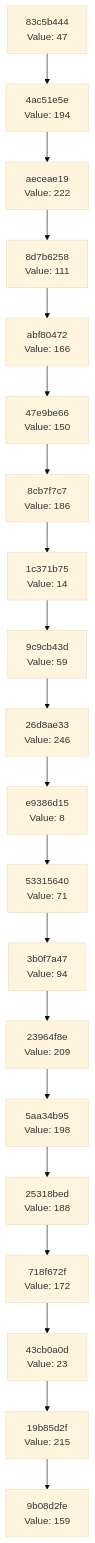
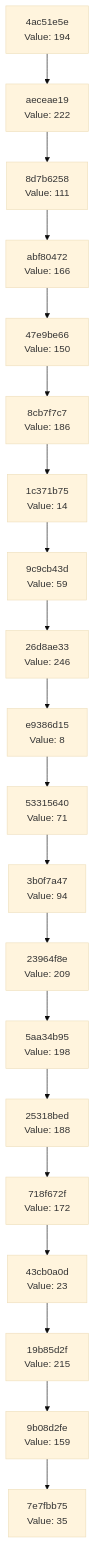
The diagram in docs/CHAIN_VISUALIZATION.md (Abhisheksinha1506/hash-chain-evolver), drawn with Mermaid (base theme) before and after one commit. The commit also changed 3 other files, not shown here.

````diff
--- a/docs/CHAIN_VISUALIZATION.md
+++ b/docs/CHAIN_VISUALIZATION.md
@@ -3,42 +3,42 @@
 ```mermaid
 graph TD
-    C0["9b08d2fe<br/>Value: 159"]
-    C1["19b85d2f<br/>Value: 215"]
+    C0["7e7fbb75<br/>Value: 35"]
+    C1["9b08d2fe<br/>Value: 159"]
     C1 --> C0
-    C2["43cb0a0d<br/>Value: 23"]
+    C2["19b85d2f<br/>Value: 215"]
     C2 --> C1
-    C3["718f672f<br/>Value: 172"]
+    C3["43cb0a0d<br/>Value: 23"]
     C3 --> C2
-    C4["25318bed<br/>Value: 188"]
+    C4["718f672f<br/>Value: 172"]
     C4 --> C3
-    C5["5aa34b95<br/>Value: 198"]
+    C5["25318bed<br/>Value: 188"]
     C5 --> C4
-    C6["23964f8e<br/>Value: 209"]
+    C6["5aa34b95<br/>Value: 198"]
     C6 --> C5
-    C7["3b0f7a47<br/>Value: 94"]
+    C7["23964f8e<br/>Value: 209"]
     C7 --> C6
-    C8["53315640<br/>Value: 71"]
+    C8["3b0f7a47<br/>Value: 94"]
     C8 --> C7
-    C9["e9386d15<br/>Value: 8"]
+    C9["53315640<br/>Value: 71"]
     C9 --> C8
-    C10["26d8ae33<br/>Value: 246"]
+    C10["e9386d15<br/>Value: 8"]
     C10 --> C9
-    C11["9c9cb43d<br/>Value: 59"]
+    C11["26d8ae33<br/>Value: 246"]
     C11 --> C10
-    C12["1c371b75<br/>Value: 14"]
+    C12["9c9cb43d<br/>Value: 59"]
     C12 --> C11
-    C13["8cb7f7c7<br/>Value: 186"]
+    C13["1c371b75<br/>Value: 14"]
     C13 --> C12
-    C14["47e9be66<br/>Value: 150"]
+    C14["8cb7f7c7<br/>Value: 186"]
     C14 --> C13
-    C15["abf80472<br/>Value: 166"]
+    C15["47e9be66<br/>Value: 150"]
     C15 --> C14
-    C16["8d7b6258<br/>Value: 111"]
+    C16["abf80472<br/>Value: 166"]
     C16 --> C15
-    C17["aeceae19<br/>Value: 222"]
+    C17["8d7b6258<br/>Value: 111"]
     C17 --> C16
-    C18["4ac51e5e<br/>Value: 194"]
+    C18["aeceae19<br/>Value: 222"]
     C18 --> C17
-    C19["83c5b444<br/>Value: 47"]
+    C19["4ac51e5e<br/>Value: 194"]
     C19 --> C18
 ```
````
